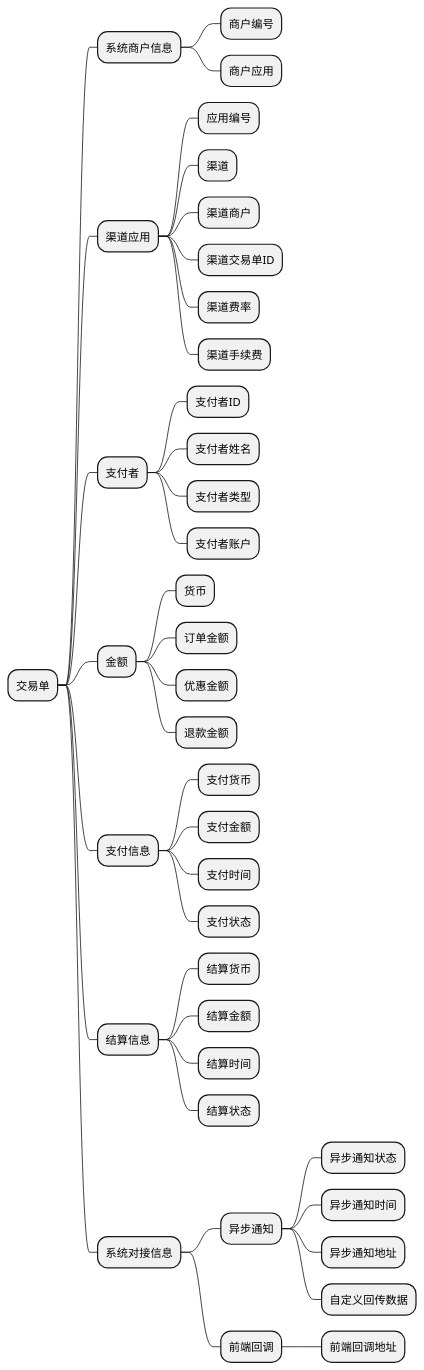
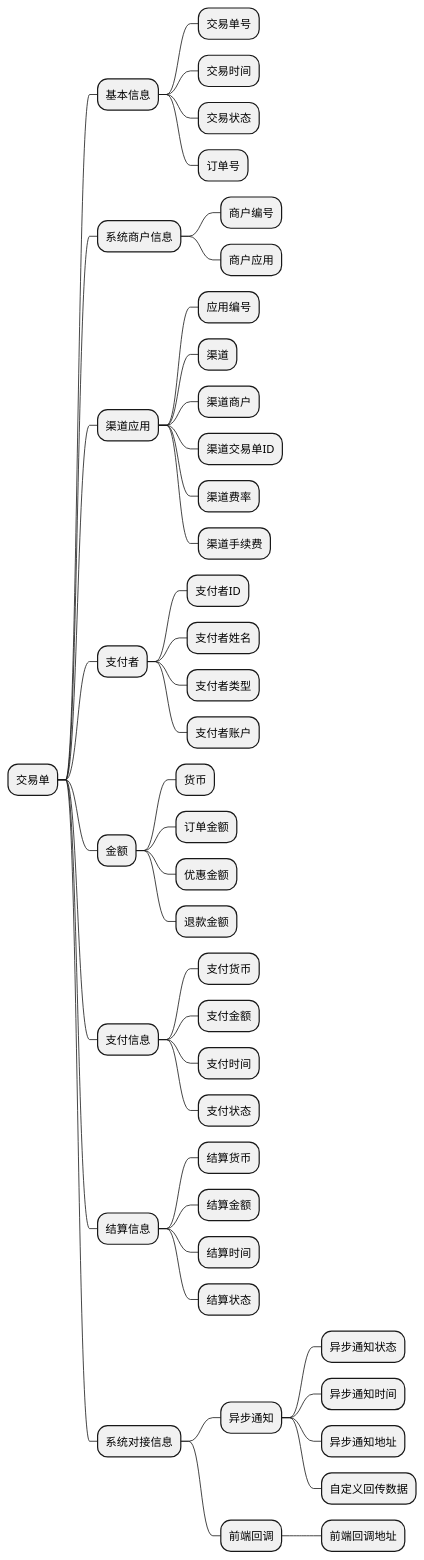
The diagram in docs/实体.md (red-jasmine/payment), drawn with PlantUML before and after one commit. The commit also changed 12 other files, not shown here.

````diff
--- a/docs/实体.md
+++ b/docs/实体.md
@@ -5,47 +5,52 @@
 ```puml
 
 @startmindmap
 
 * 交易单
+ * 基本信息
+  * 交易单号
+  * 交易时间
+  * 交易状态
+  * 订单号
  * 系统商户信息
   * 商户编号
   * 商户应用
  * 渠道应用
   * 应用编号
   * 渠道
   * 渠道商户
   * 渠道交易单ID
   * 渠道费率
   * 渠道手续费
  * 支付者
   * 支付者ID
   * 支付者姓名
   * 支付者类型
   * 支付者账户
  * 金额
   * 货币
   * 订单金额
   * 优惠金额
   * 退款金额
  * 支付信息
   * 支付货币
   * 支付金额
   * 支付时间
   * 支付状态
  * 结算信息
   * 结算货币
   * 结算金额
   * 结算时间
   * 结算状态
  * 系统对接信息
   * 异步通知
    * 异步通知状态
    * 异步通知时间
    * 异步通知地址
    * 自定义回传数据
   * 前端回调
    * 前端回调地址
 @end
 
 
 ```
````
